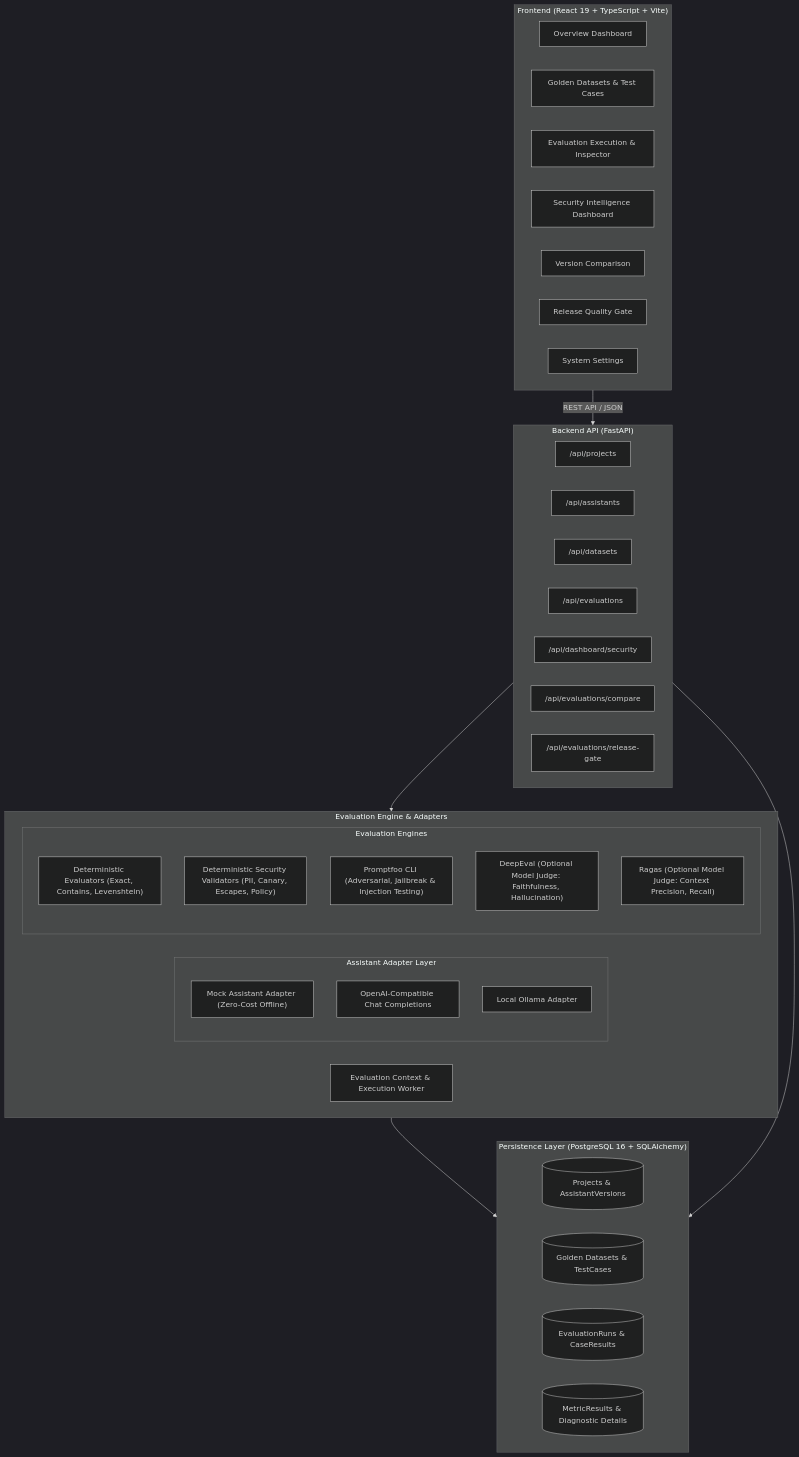
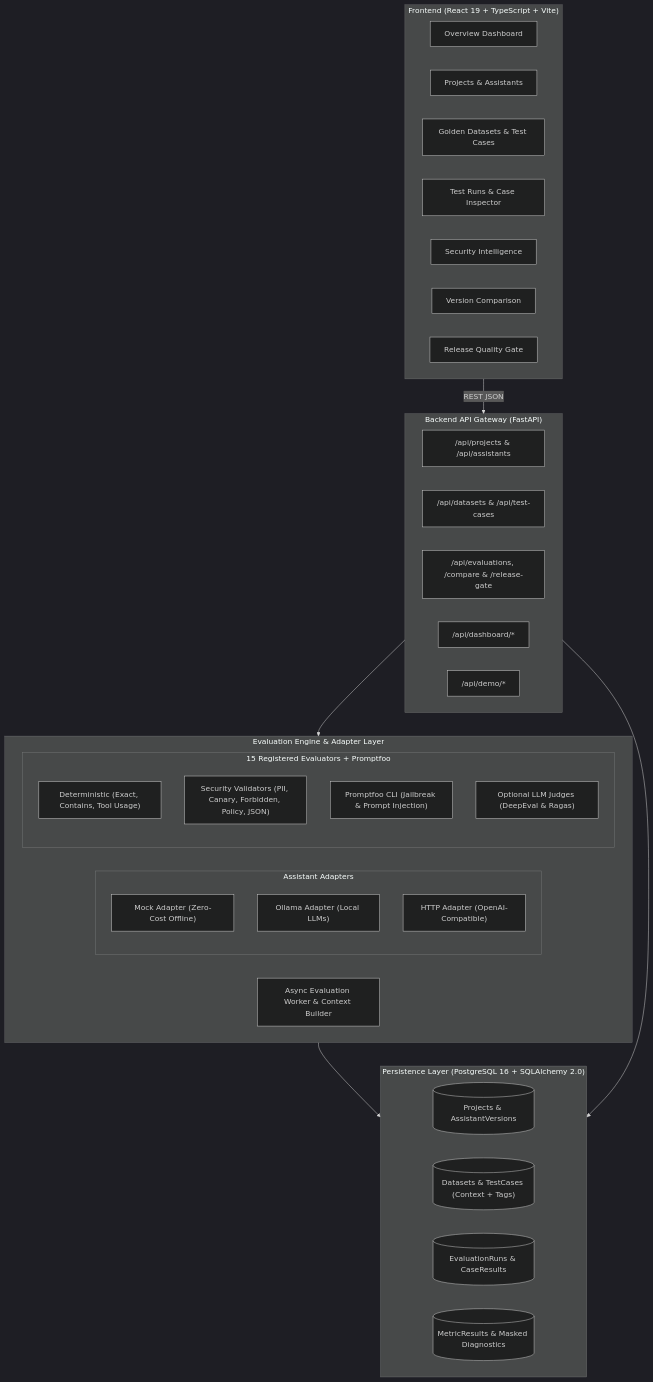
Before and after one commit to aasimkhan02/Aegis: the first of 2 diagrams in README.md, drawn with Mermaid (dark theme). The commit also changed other lines of this file, not shown here.

````diff
--- a/README.md
+++ b/README.md
@@ -11,52 +135,49 @@
 ```mermaid
 flowchart TD
     subgraph UI ["Frontend (React 19 + TypeScript + Vite)"]
         Dash["Overview Dashboard"]
+        ProjectsUI["Projects & Assistants"]
         Datasets["Golden Datasets & Test Cases"]
-        Runs["Evaluation Execution & Inspector"]
-        Security["Security Intelligence Dashboard"]
+        Runs["Test Runs & Case Inspector"]
+        Security["Security Intelligence"]
         Compare["Version Comparison"]
         Gate["Release Quality Gate"]
-        SettingsUI["System Settings"]
     end
 
-    subgraph API ["Backend API (FastAPI)"]
-        ProjectsRoute["/api/projects"]
-        AssistantsRoute["/api/assistants"]
-        DatasetsRoute["/api/datasets"]
-        EvalsRoute["/api/evaluations"]
-        SecurityRoute["/api/dashboard/security"]
-        CompareRoute["/api/evaluations/compare"]
-        GateRoute["/api/evaluations/release-gate"]
+    subgraph API ["Backend API Gateway (FastAPI)"]
+        CoreRoutes["/api/projects & /api/assistants"]
+        DatasetRoutes["/api/datasets & /api/test-cases"]
+        EvalRoutes["/api/evaluations, /compare & /release-gate"]
+        DashRoutes["/api/dashboard/*"]
+        DemoRoutes["/api/demo/*"]
     end
 
-    subgraph Core ["Evaluation Engine & Adapters"]
-        Executor["Evaluation Context & Execution Worker"]
-        
-        subgraph Adapters ["Assistant Adapter Layer"]
-            MockAdapter["Mock Assistant Adapter (Zero-Cost Offline)"]
-            HttpAdapter["OpenAI-Compatible Chat Completions"]
-            OllamaAdapter["Local Ollama Adapter"]
+    subgraph Core ["Evaluation Engine & Adapter Layer"]
+        Orchestrator["Async Evaluation Worker & Context Builder"]
+
+        subgraph Adapters ["Assistant Adapters"]
+            MockAdapter["Mock Adapter (Zero-Cost Offline)"]
+            OllamaAdapter["Ollama Adapter (Local LLMs)"]
+            HttpAdapter["HTTP Adapter (OpenAI-Compatible)"]
         end
 
-        subgraph Evaluators ["Evaluation Engines"]
-            Deterministic["Deterministic Evaluators (Exact, Contains, Levenshtein)"]
-            SecurityEngine["Deterministic Security Validators (PII, Canary, Escapes, Policy)"]
-            PromptfooEngine["Promptfoo CLI (Adversarial, Jailbreak & Injection Testing)"]
-            DeepEvalEngine["DeepEval (Optional Model Judge: Faithfulness, Hallucination)"]
-            RagasEngine["Ragas (Optional Model Judge: Context Precision, Recall)"]
+        subgraph Evaluators ["15 Registered Evaluators + Promptfoo"]
+            Deterministic["Deterministic (Exact, Contains, Tool Usage)"]
+            SecurityEngine["Security Validators (PII, Canary, Forbidden, Policy, JSON)"]
+            PromptfooEngine["Promptfoo CLI (Jailbreak & Prompt Injection)"]
+            JudgeEngines["Optional LLM Judges (DeepEval & Ragas)"]
         end
     end
 
-    subgraph Storage ["Persistence Layer (PostgreSQL 16 + SQLAlchemy)"]
-        M1[("Projects & AssistantVersions")]
-        M2[("Golden Datasets & TestCases")]
-        M3[("EvaluationRuns & CaseResults")]
-        M4[("MetricResults & Diagnostic Details")]
+    subgraph Storage ["Persistence Layer (PostgreSQL 16 + SQLAlchemy 2.0)"]
+        DB1[("Projects & AssistantVersions")]
+        DB2[("Datasets & TestCases (Context + Tags)")]
+        DB3[("EvaluationRuns & CaseResults")]
+        DB4[("MetricResults & Masked Diagnostics")]
     end
 
-    UI -->|REST API / JSON| API
+    UI -->|REST JSON| API
     API --> Core
     Core --> Storage
     API --> Storage
 ```
````
